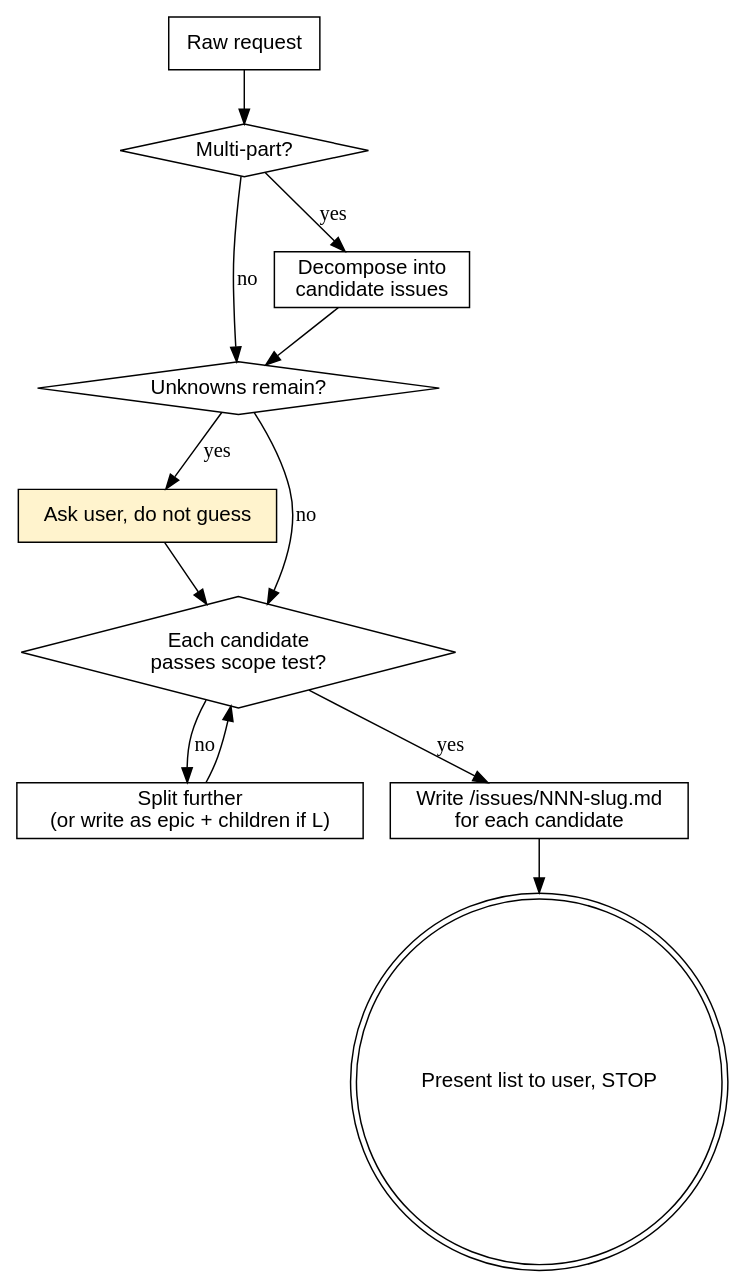
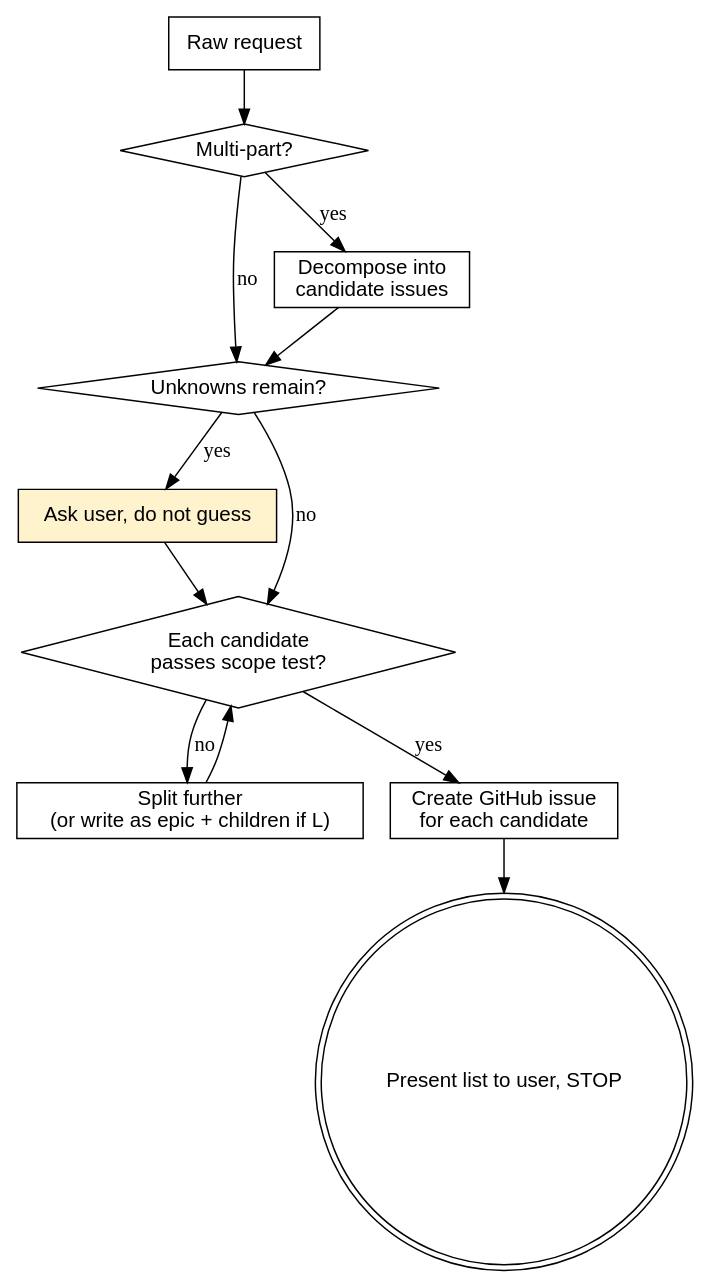
One commit to vito-zbw/canada changed the diagram in .claude/skills/feature-grooming/SKILL.md. Above: the diagram before and after it, drawn with Graphviz. The commit also changed other lines of this file and 23 other files, not shown here.

First line of the commit message:
Migrate grooming workflow to GitHub Issues

````diff
--- a/.claude/skills/feature-grooming/SKILL.md
+++ b/.claude/skills/feature-grooming/SKILL.md
@@ -42,27 +42,27 @@
 ```dot
 digraph grooming {
   rankdir=TB;
   node [shape=box, fontname="Helvetica"];
   "Raw request";
   "Multi-part?" [shape=diamond];
   "Unknowns remain?" [shape=diamond];
   "Decompose into\ncandidate issues";
   "Ask user, do not guess" [style=filled, fillcolor="#fff3cd"];
   "Each candidate\npasses scope test?" [shape=diamond];
   "Split further\n(or write as epic + children if L)";
-  "Write /issues/NNN-slug.md\nfor each candidate";
+  "Create GitHub issue\nfor each candidate";
   "Present list to user, STOP" [shape=doublecircle];
 
   "Raw request" -> "Multi-part?";
   "Multi-part?" -> "Decompose into\ncandidate issues" [label="yes"];
   "Multi-part?" -> "Unknowns remain?" [label="no"];
   "Decompose into\ncandidate issues" -> "Unknowns remain?";
   "Unknowns remain?" -> "Ask user, do not guess" [label="yes"];
   "Unknowns remain?" -> "Each candidate\npasses scope test?" [label="no"];
   "Ask user, do not guess" -> "Each candidate\npasses scope test?";
   "Each candidate\npasses scope test?" -> "Split further\n(or write as epic + children if L)" [label="no"];
   "Split further\n(or write as epic + children if L)" -> "Each candidate\npasses scope test?";
-  "Each candidate\npasses scope test?" -> "Write /issues/NNN-slug.md\nfor each candidate" [label="yes"];
-  "Write /issues/NNN-slug.md\nfor each candidate" -> "Present list to user, STOP";
+  "Each candidate\npasses scope test?" -> "Create GitHub issue\nfor each candidate" [label="yes"];
+  "Create GitHub issue\nfor each candidate" -> "Present list to user, STOP";
 }
 ```
````
